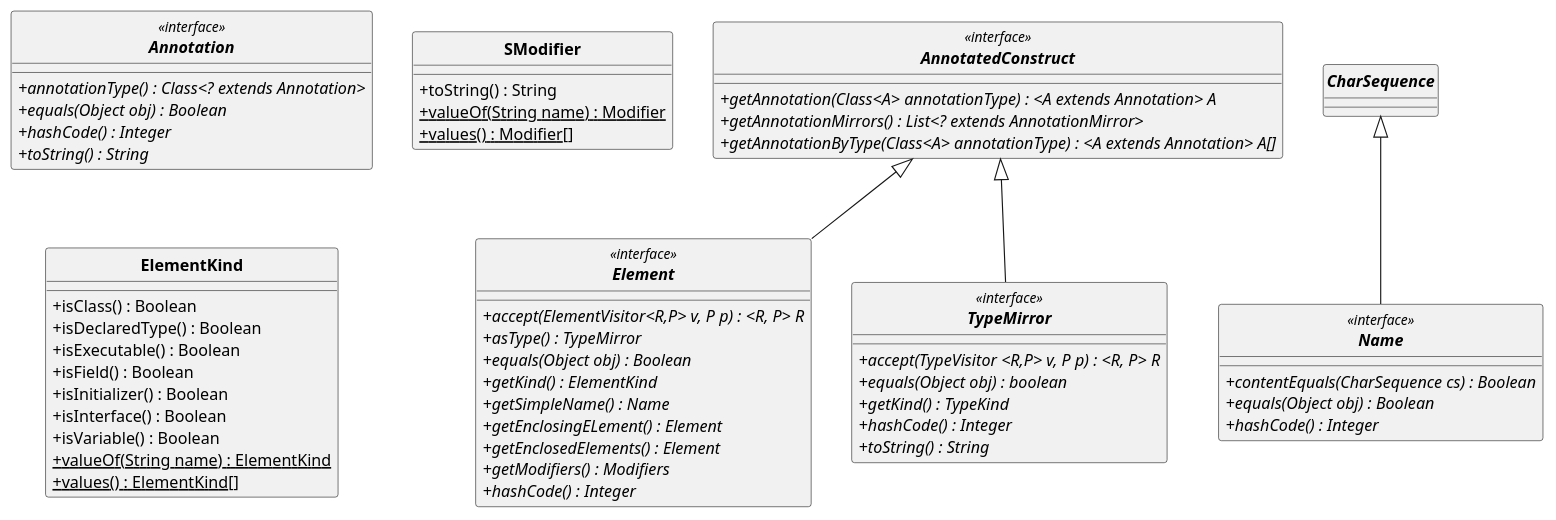
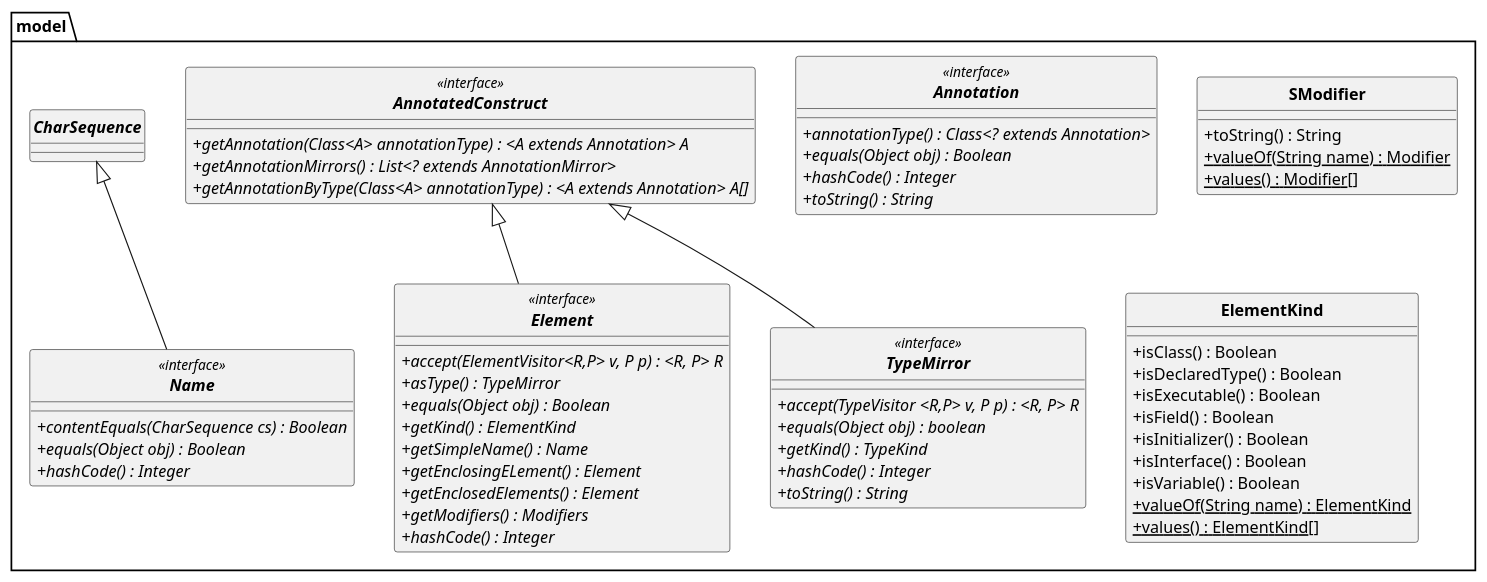
One commit to D3B1RUM4N/PumlFromJava changed the diagram in puml/DCAApi.puml. Above: the diagram before and after it, drawn with PlantUML. The commit also changed 3 other files, not shown here.

```diff
--- a/puml/DCAApi.puml
+++ b/puml/DCAApi.puml
@@ -1,66 +1,68 @@
 @startuml
 'https://plantuml.com/sequence-diagram
 
 skinparam classAttributeIconSize 0
 skinparam classFontStyle Bold
 skinparam style strictuml
 
-interface AnnotatedConstruct <<interface>>{
-    'A - the annotation interface
-    + {abstract}getAnnotation(Class<A> annotationType) : <A extends Annotation> A
-    + {abstract}getAnnotationMirrors() : List<? extends AnnotationMirror>
-    + {abstract}getAnnotationByType(Class<A> annotationType) : <A extends Annotation> A[]
+package model{
+    interface AnnotatedConstruct <<interface>>{
+        'A - the annotation interface
+        + {abstract}getAnnotation(Class<A> annotationType) : <A extends Annotation> A
+        + {abstract}getAnnotationMirrors() : List<? extends AnnotationMirror>
+        + {abstract}getAnnotationByType(Class<A> annotationType) : <A extends Annotation> A[]
+        }
+
+
+    interface Element <<interface>> extends AnnotatedConstruct{
+        + {abstract}accept(ElementVisitor<R,P> v, P p) : <R, P> R
+        + {abstract}asType() : TypeMirror
+        + {abstract}equals(Object obj) : Boolean
+        + {abstract}getKind() : ElementKind
+        + {abstract}getSimpleName() : Name
+        + {abstract}getEnclosingELement() : Element
+        + {abstract}getEnclosedElements() : Element
+        + {abstract}getModifiers() : Modifiers
+        + {abstract}hashCode() : Integer
     }
 
+    interface Annotation <<interface>>{
+        +{abstract}annotationType() : Class<? extends Annotation>
+        + {abstract}equals(Object obj) : Boolean
+        + {abstract}hashCode() : Integer
+        + {abstract}toString() : String
+    }
 
-interface Element <<interface>> extends AnnotatedConstruct{
-    + {abstract}accept(ElementVisitor<R,P> v, P p) : <R, P> R
-    + {abstract}asType() : TypeMirror
-    + {abstract}equals(Object obj) : Boolean
-    + {abstract}getKind() : ElementKind
-    + {abstract}getSimpleName() : Name
-    + {abstract}getEnclosingELement() : Element
-    + {abstract}getEnclosedElements() : Element
-    + {abstract}getModifiers() : Modifiers
-    + {abstract}hashCode() : Integer
-}
+    interface Name <<interface>> extends CharSequence{
+        +{abstract}contentEquals(CharSequence cs) : Boolean
+        +{abstract}equals(Object obj) : Boolean
+        +{abstract}hashCode() : Integer
+    }
 
-interface Annotation <<interface>>{
-    +{abstract}annotationType() : Class<? extends Annotation>
-    + {abstract}equals(Object obj) : Boolean
-    + {abstract}hashCode() : Integer
-    + {abstract}toString() : String
-}
+    enum SModifier {
+        +toString() : String
+        +{static}valueOf(String name) : Modifier
+        +{static}values() : Modifier[]
+    }
 
-interface Name <<interface>> extends CharSequence{
-    +{abstract}contentEquals(CharSequence cs) : Boolean
-    +{abstract}equals(Object obj) : Boolean
-    +{abstract}hashCode() : Integer
-}
+    enum ElementKind{
+        +isClass() : Boolean
+        +isDeclaredType() : Boolean
+        +isExecutable() : Boolean
+        +isField() : Boolean
+        +isInitializer() : Boolean
+        +isInterface() : Boolean
+        +isVariable() : Boolean
+        +{static}valueOf(String name) : ElementKind
+        +{static}values() : ElementKind[]
+    }
 
-enum SModifier {
-    +toString() : String
-    +{static}valueOf(String name) : Modifier
-    +{static}values() : Modifier[]
-}
-
-enum ElementKind{
-    +isClass() : Boolean
-    +isDeclaredType() : Boolean
-    +isExecutable() : Boolean
-    +isField() : Boolean
-    +isInitializer() : Boolean
-    +isInterface() : Boolean
-    +isVariable() : Boolean
-    +{static}valueOf(String name) : ElementKind
-    +{static}values() : ElementKind[]
-}
-
-interface TypeMirror <<interface>> extends AnnotatedConstruct{
-     + {abstract}accept(TypeVisitor <R,P> v, P p) : <R, P> R
-     + {abstract}equals(Object obj) : boolean
-     + {abstract}getKind() : TypeKind
-     + {abstract}hashCode() : Integer
-     + {abstract}toString() : String
+    interface TypeMirror <<interface>> extends AnnotatedConstruct{
+         + {abstract}accept(TypeVisitor <R,P> v, P p) : <R, P> R
+         + {abstract}equals(Object obj) : boolean
+         + {abstract}getKind() : TypeKind
+         + {abstract}hashCode() : Integer
+         + {abstract}toString() : String
+    }
 }
 @enduml
```
